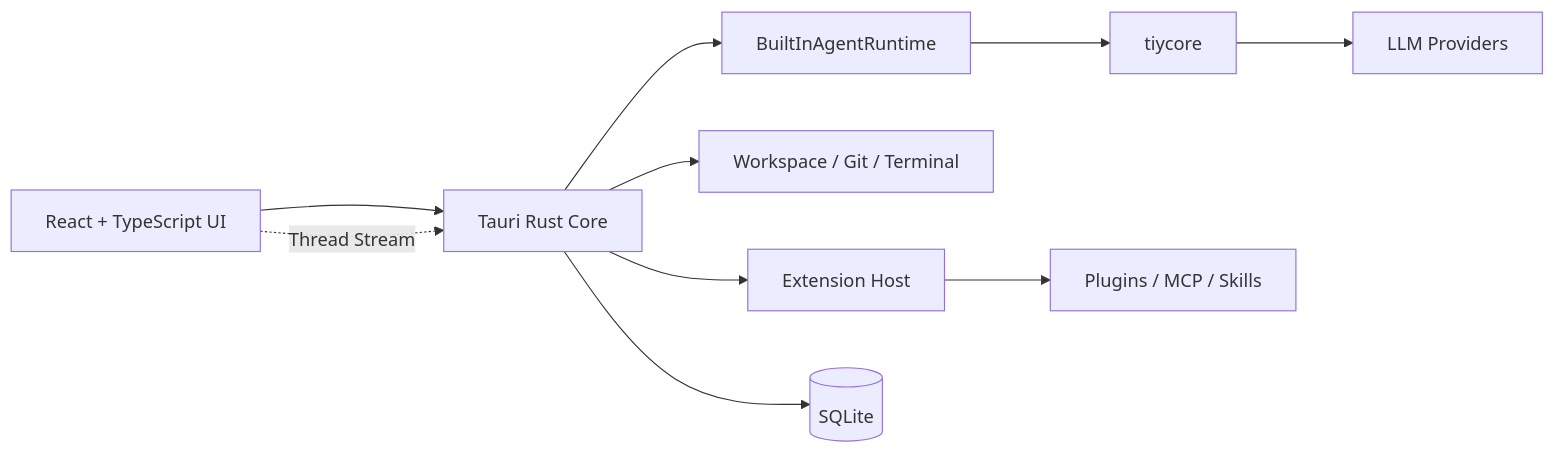
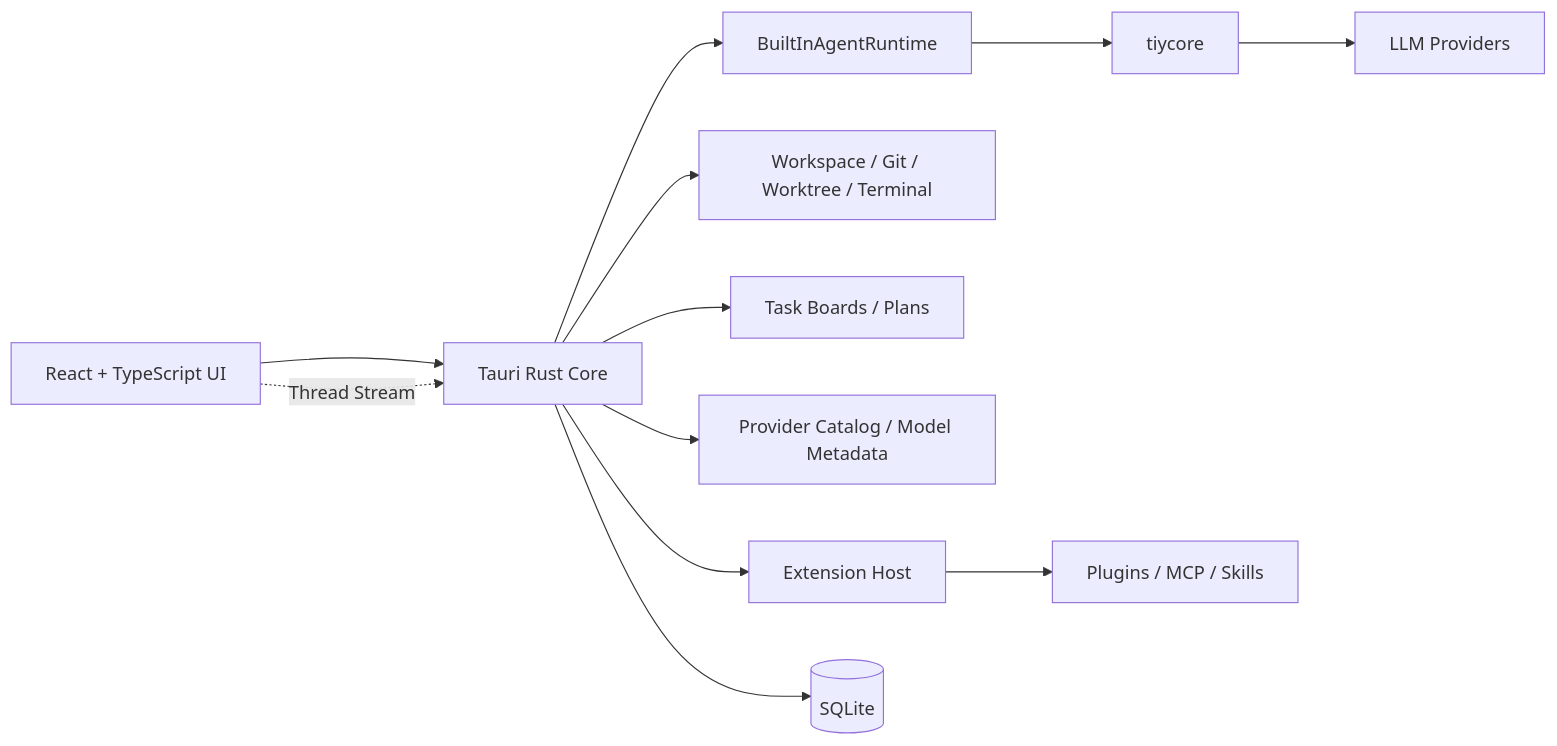
The diagram in README.md (TiyAgents/tiycode), drawn with Mermaid before and after one commit. The commit also changed other lines of this file and 2 other files, not shown here.

````diff
--- a/README.md
+++ b/README.md
@@ -221,12 +225,14 @@
 ```mermaid
 flowchart LR
   UI[React + TypeScript UI] --> TAURI[Tauri Rust Core]
   TAURI --> RUNTIME[BuiltInAgentRuntime]
   RUNTIME --> CORE[tiycore]
-  TAURI --> TOOLS[Workspace / Git / Terminal]
+  TAURI --> TOOLS[Workspace / Git / Worktree / Terminal]
+  TAURI --> TASKS[Task Boards / Plans]
+  TAURI --> CATALOG[Provider Catalog / Model Metadata]
   TAURI --> EXT[Extension Host]
   EXT --> PLUGINS[Plugins / MCP / Skills]
   CORE --> LLM[LLM Providers]
   TAURI --> DB[(SQLite)]
   UI -.->|Thread Stream| TAURI
 ```
````
